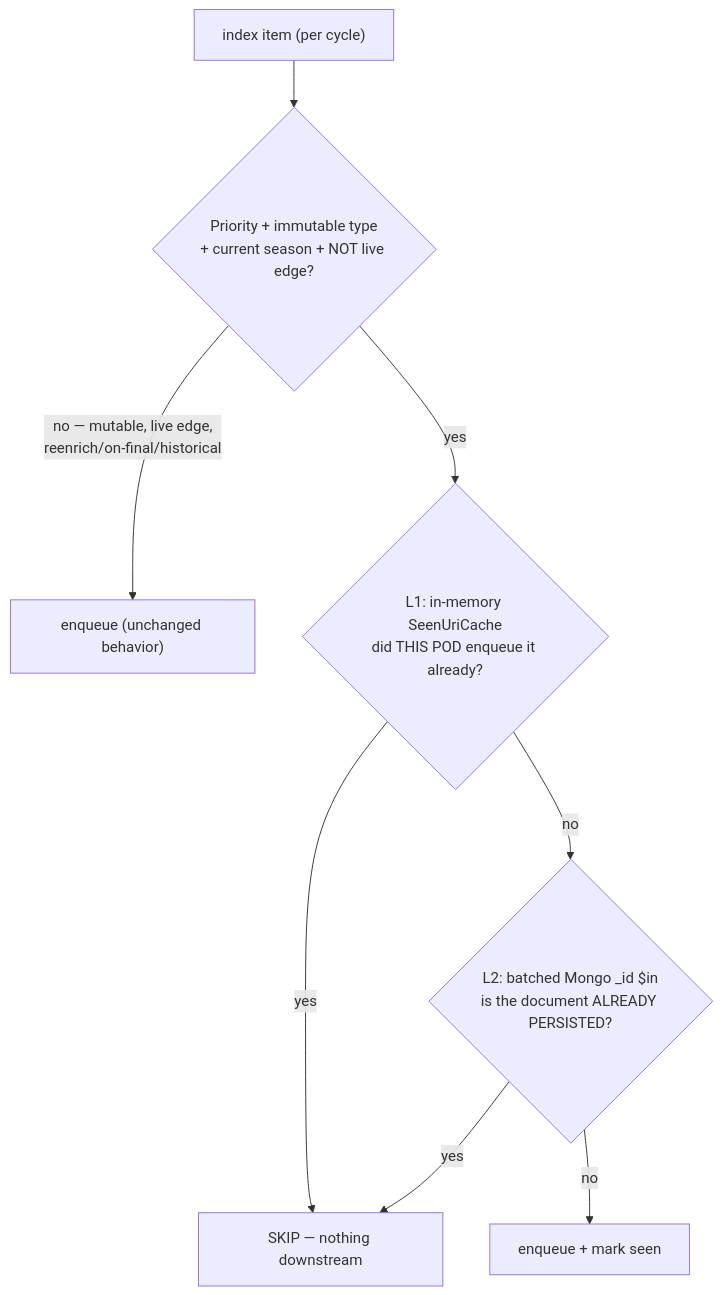
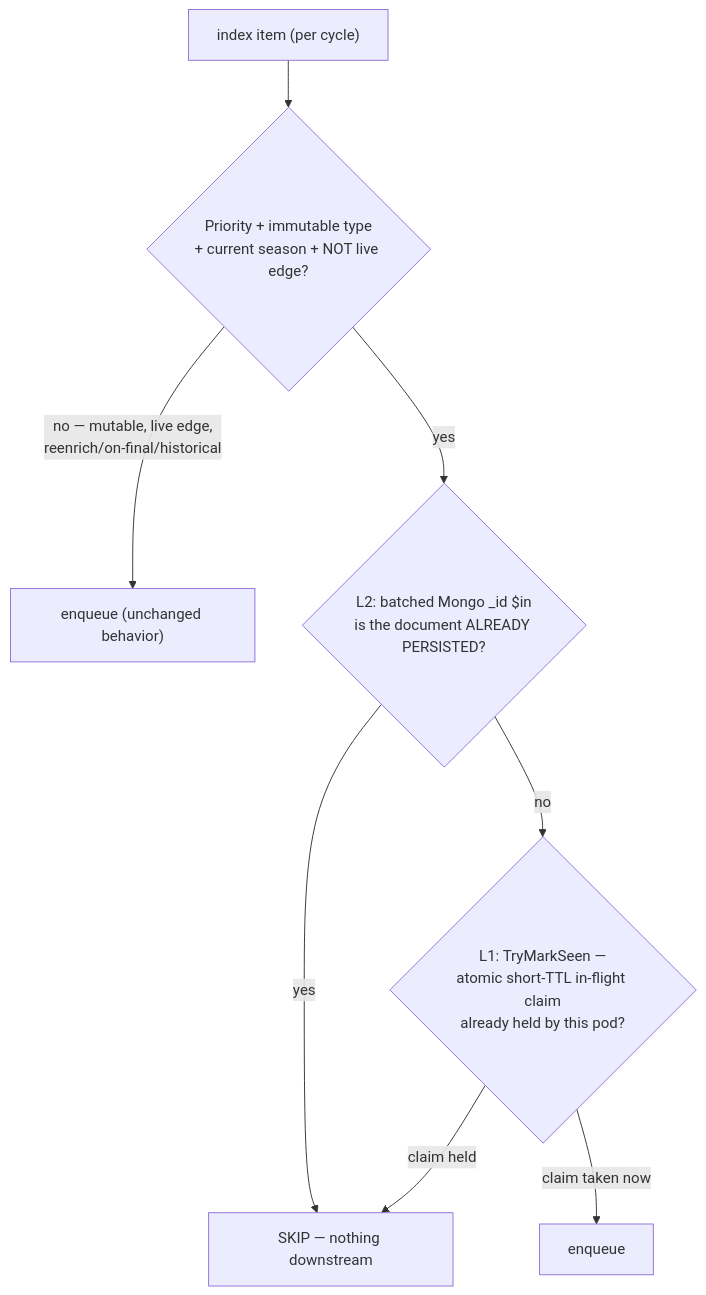
Before and after one commit to jrandallsexton/sports-data-core: the second of 2 diagrams in docs/features/live-sourcing-already-seen-skip.md, drawn with Mermaid. The commit also changed other lines of this file and 7 other files, not shown here.

First line of the commit message:
fix(pr-733): review round - L2 checked every cycle, L1 becomes atomic short-TTL claim, Cosmos L2 functional

````diff
--- a/docs/features/live-sourcing-already-seen-skip.md
+++ b/docs/features/live-sourcing-already-seen-skip.md
@@ -97,10 +99,10 @@
 ```mermaid
 flowchart TD
     ITEM["index item (per cycle)"] --> G{"Priority + immutable type<br/>+ current season + NOT live edge?"}
     G -->|"no — mutable, live edge,<br/>reenrich/on-final/historical"| ENQ["enqueue (unchanged behavior)"]
-    G -->|yes| L1{"L1: in-memory SeenUriCache<br/>did THIS POD enqueue it already?"}
-    L1 -->|yes| SKIP["SKIP — nothing downstream"]
-    L1 -->|no| L2{"L2: batched Mongo _id $in<br/>is the document ALREADY PERSISTED?"}
-    L2 -->|yes| SKIP
-    L2 -->|no| ENQ2["enqueue + mark seen"]
+    G -->|yes| L2{"L2: batched Mongo _id $in<br/>is the document ALREADY PERSISTED?"}
+    L2 -->|yes| SKIP["SKIP — nothing downstream"]
+    L2 -->|no| L1{"L1: TryMarkSeen —<br/>atomic short-TTL in-flight claim<br/>already held by this pod?"}
+    L1 -->|"claim held"| SKIP
+    L1 -->|"claim taken now"| ENQ2["enqueue"]
 ```
````
